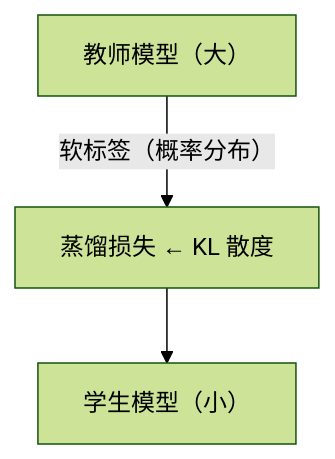
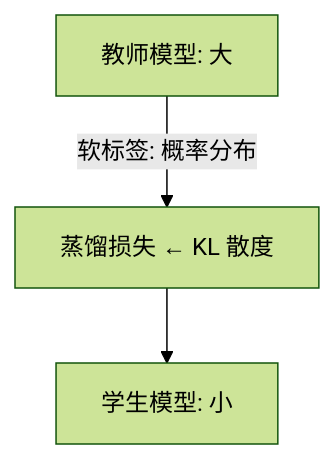
One commit to jpixy/jpixy.github.io changed the second of 3 diagrams in content/articles/ai/ai-15-模型压缩与裁剪技术详解.md. Above: the diagram before and after it, drawn with Mermaid (forest theme). The commit also changed 66 other files, not shown here.

Commit message:
fix: resolve Mermaid syntax errors by removing parentheses in node labels

````diff
--- a/content/articles/ai/ai-15-模型压缩与裁剪技术详解.md
+++ b/content/articles/ai/ai-15-模型压缩与裁剪技术详解.md
@@ -242,5 +242,5 @@
 ```mermaid
 graph TB
-    T["教师模型（大）"] -->|软标签（概率分布）| D["蒸馏损失 ← KL 散度"]
-    D --> S["学生模型（小）"]
+    T["教师模型: 大"] -->|软标签: 概率分布| D["蒸馏损失 ← KL 散度"]
+    D --> S["学生模型: 小"]
 ```
````
